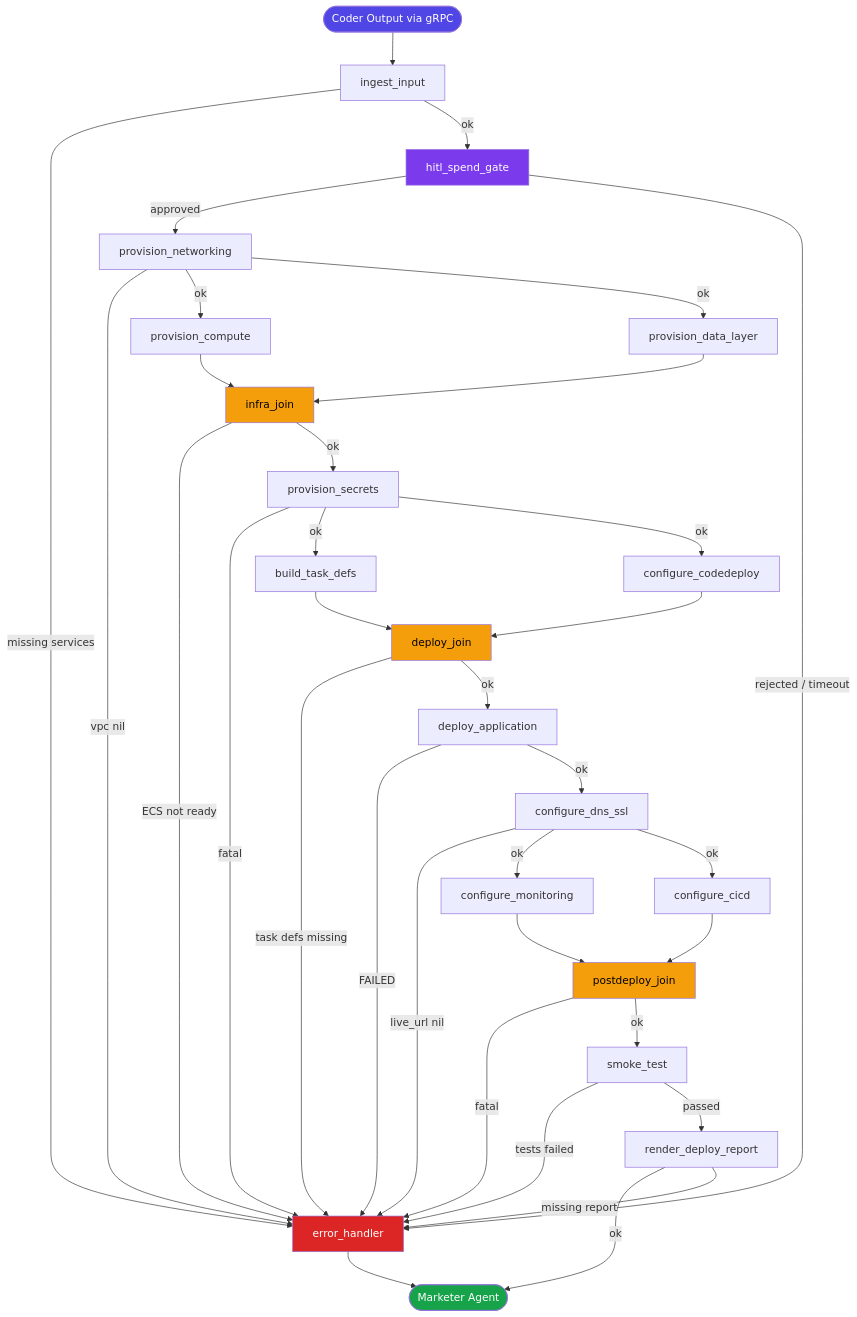
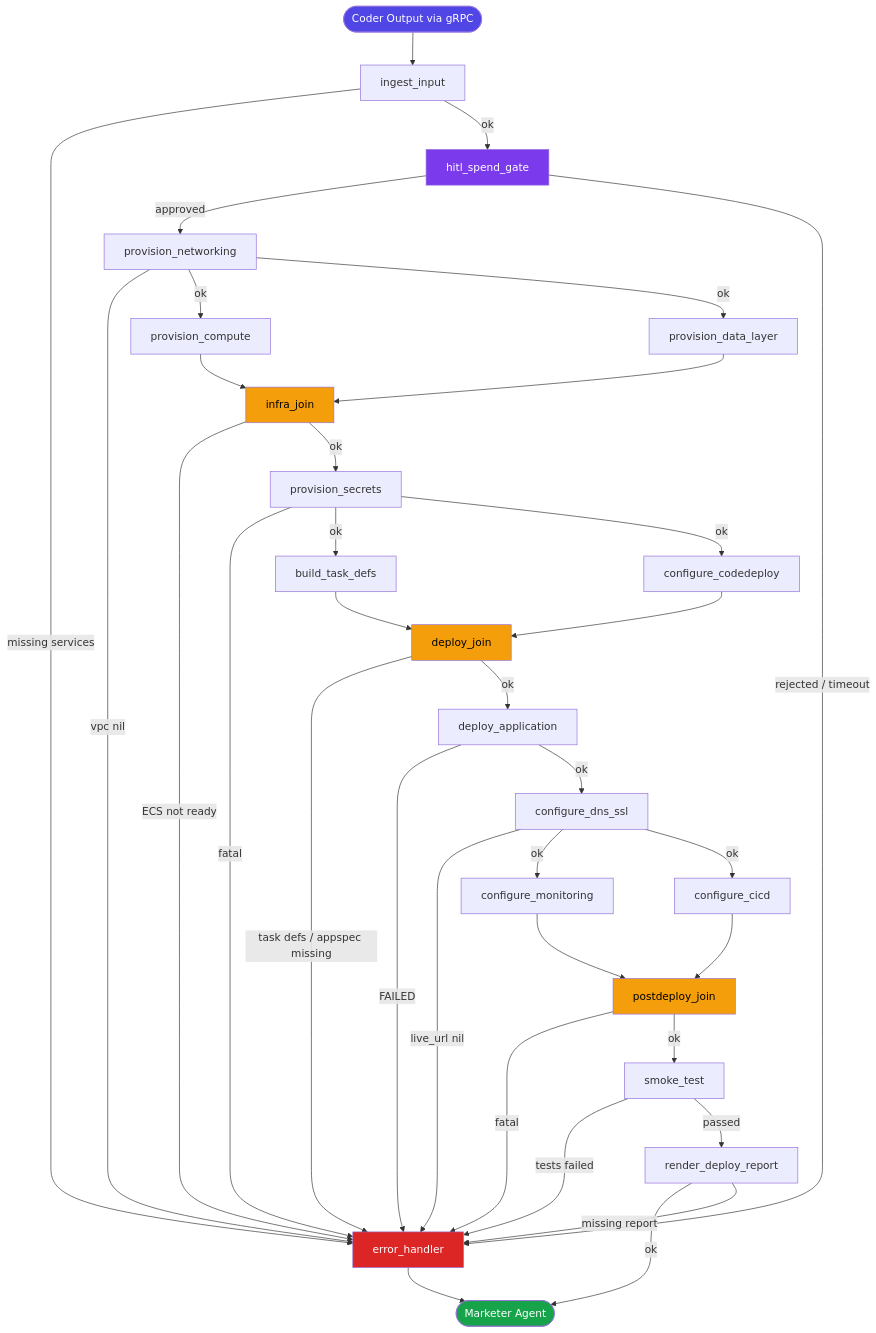
The first of 5 diagrams in docs/architecture/Agents-Architecture/devops-agent.md (kaushraj1/AutoFounder), drawn with Mermaid before and after one commit. The commit also changed other lines of this file and 4 other files, not shown here.

Commit message:
Architect+DevOps LLD sync (ECS Fargate, Supabase, SQLAlchemy, FastAPI); rename tenant_id -> organization_id; add Pillar5 plan/dummy-input and learning-log

````diff
--- a/docs/architecture/Agents-Architecture/devops-agent.md
+++ b/docs/architecture/Agents-Architecture/devops-agent.md
@@ -711,56 +732,56 @@
 ```mermaid
 flowchart TD
     START([Coder Output via gRPC]) --> ingest_input
 
     ingest_input -->|missing services| error_handler
     ingest_input -->|ok| hitl_spend_gate
 
     hitl_spend_gate -->|approved| provision_networking
     hitl_spend_gate -->|rejected / timeout| error_handler
 
     provision_networking -->|vpc nil| error_handler
     provision_networking -->|ok| provision_compute & provision_data_layer
 
     provision_compute    --> infra_join
     provision_data_layer --> infra_join
 
     infra_join -->|ECS not ready| error_handler
     infra_join -->|ok| provision_secrets
 
     provision_secrets -->|fatal| error_handler
     provision_secrets -->|ok| build_task_defs & configure_codedeploy
 
     build_task_defs      --> deploy_join
     configure_codedeploy --> deploy_join
 
-    deploy_join -->|task defs missing| error_handler
+    deploy_join -->|task defs / appspec missing| error_handler
     deploy_join -->|ok| deploy_application
 
     deploy_application -->|FAILED| error_handler
     deploy_application -->|ok| configure_dns_ssl
 
     configure_dns_ssl -->|live_url nil| error_handler
     configure_dns_ssl -->|ok| configure_monitoring & configure_cicd
 
     configure_monitoring --> postdeploy_join
     configure_cicd       --> postdeploy_join
 
     postdeploy_join -->|fatal| error_handler
     postdeploy_join -->|ok| smoke_test
 
     smoke_test -->|tests failed| error_handler
     smoke_test -->|passed| render_deploy_report
 
     render_deploy_report -->|ok| END([Marketer Agent])
     render_deploy_report -->|missing report| error_handler
 
     error_handler --> END
 
     style START           fill:#4f46e5,color:#fff
     style END             fill:#16a34a,color:#fff
     style error_handler   fill:#dc2626,color:#fff
     style hitl_spend_gate fill:#7c3aed,color:#fff
     style infra_join      fill:#f59e0b,color:#000
     style deploy_join     fill:#f59e0b,color:#000
     style postdeploy_join fill:#f59e0b,color:#000
 ```
````
